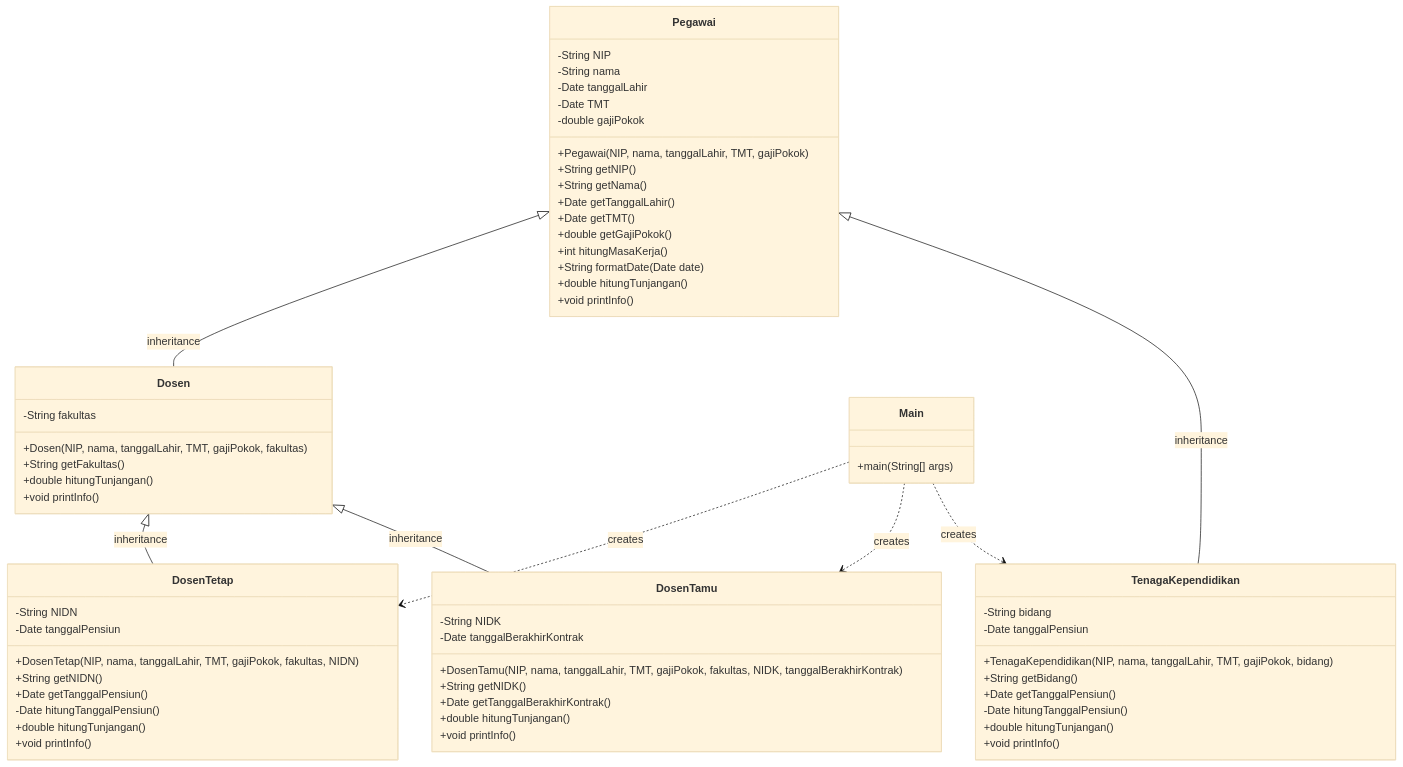
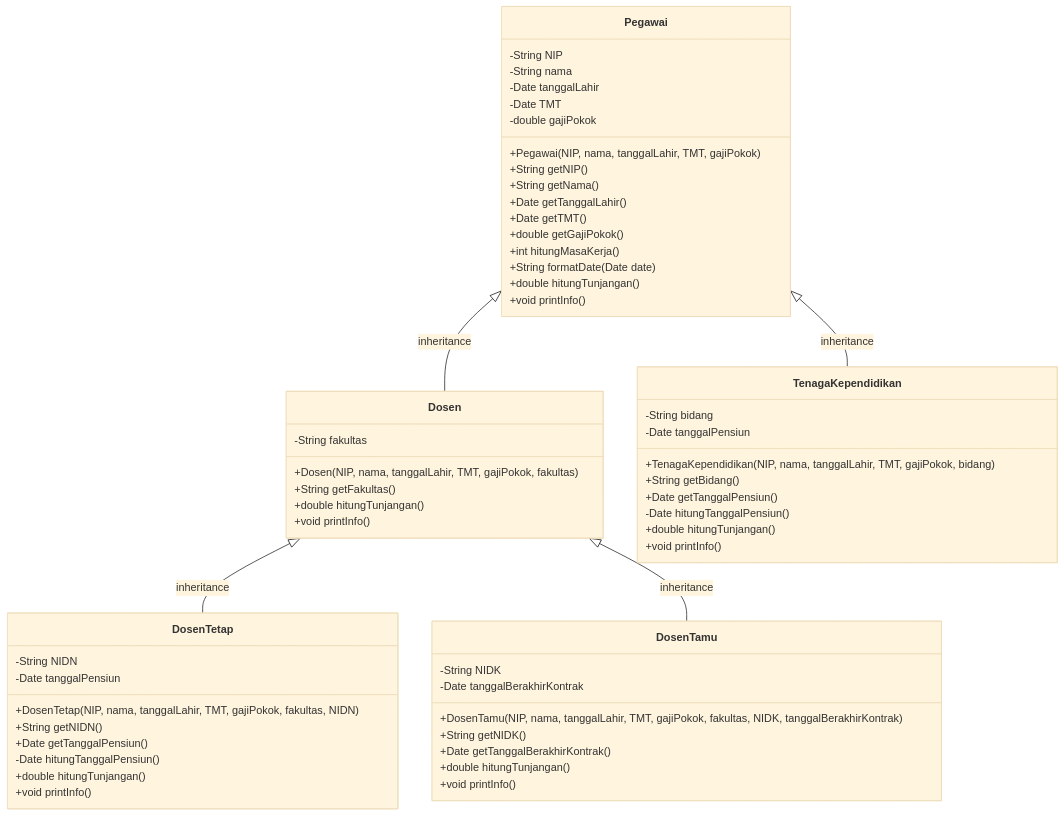
The diagram in Pertemuan4/TugasPegawaiPerguruanTinggi/UML.md (Doctor3131/PraktikumPBOE2), drawn with Mermaid (base theme) before and after one commit. The commit also changed 8 other files, not shown here.

````diff
--- a/Pertemuan4/TugasPegawaiPerguruanTinggi/UML.md
+++ b/Pertemuan4/TugasPegawaiPerguruanTinggi/UML.md
@@ -1,72 +1,65 @@
 ``` mermaid
 classDiagram
     class Pegawai {
         -String NIP
         -String nama
         -Date tanggalLahir
         -Date TMT
         -double gajiPokok
         +Pegawai(NIP, nama, tanggalLahir, TMT, gajiPokok)
         +String getNIP()
         +String getNama()
         +Date getTanggalLahir()
         +Date getTMT()
         +double getGajiPokok()
         +int hitungMasaKerja()
         +String formatDate(Date date)
         +double hitungTunjangan()
         +void printInfo()
     }
     
     class Dosen {
         -String fakultas
         +Dosen(NIP, nama, tanggalLahir, TMT, gajiPokok, fakultas)
         +String getFakultas()
         +double hitungTunjangan()
         +void printInfo()
     }
     
     class DosenTetap {
         -String NIDN
         -Date tanggalPensiun
         +DosenTetap(NIP, nama, tanggalLahir, TMT, gajiPokok, fakultas, NIDN)
         +String getNIDN()
         +Date getTanggalPensiun()
         -Date hitungTanggalPensiun()
         +double hitungTunjangan()
         +void printInfo()
     }
     
     class DosenTamu {
         -String NIDK
         -Date tanggalBerakhirKontrak
         +DosenTamu(NIP, nama, tanggalLahir, TMT, gajiPokok, fakultas, NIDK, tanggalBerakhirKontrak)
         +String getNIDK()
         +Date getTanggalBerakhirKontrak()
         +double hitungTunjangan()
         +void printInfo()
     }
     
     class TenagaKependidikan {
         -String bidang
         -Date tanggalPensiun
         +TenagaKependidikan(NIP, nama, tanggalLahir, TMT, gajiPokok, bidang)
         +String getBidang()
         +Date getTanggalPensiun()
         -Date hitungTanggalPensiun()
         +double hitungTunjangan()
         +void printInfo()
     }
-    
-    class Main {
-        +main(String[] args)
-    }
-    
+
     Pegawai <|-- Dosen : inheritance
     Pegawai <|-- TenagaKependidikan : inheritance
     Dosen <|-- DosenTetap : inheritance
     Dosen <|-- DosenTamu : inheritance
-    Main ..> DosenTetap : creates
-    Main ..> DosenTamu : creates
-    Main ..> TenagaKependidikan : creates
 ```
````
